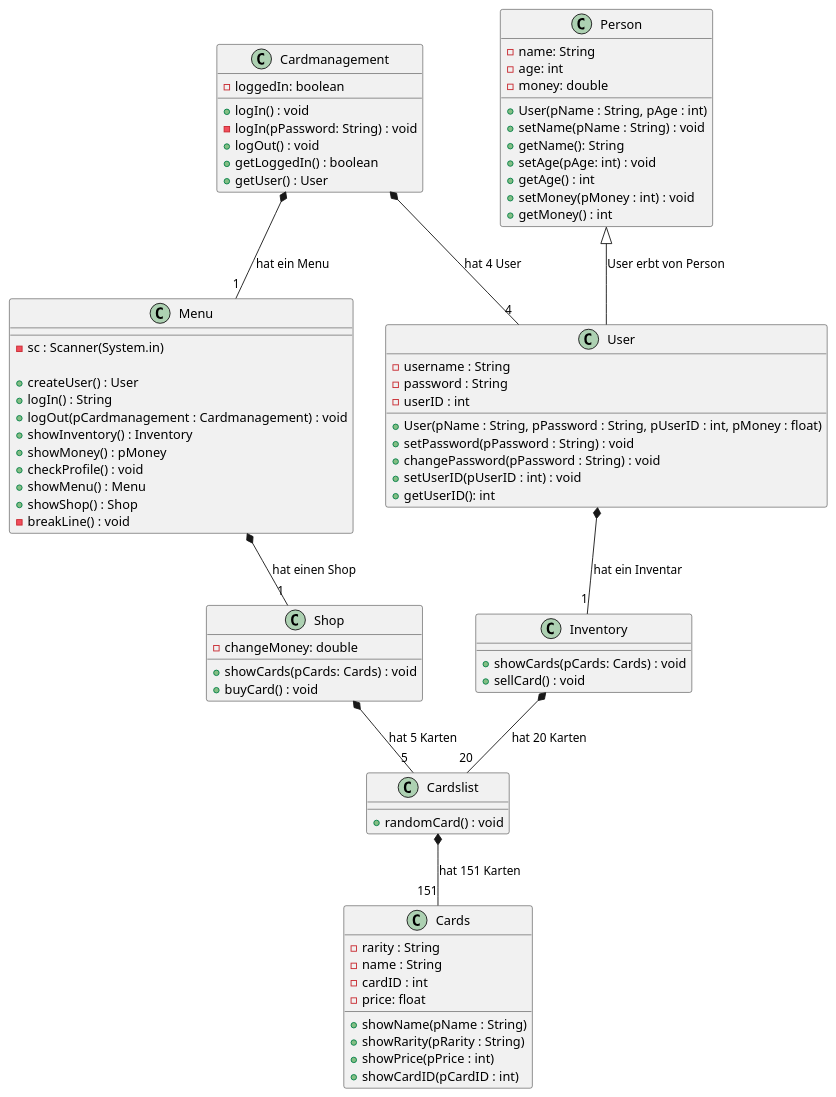
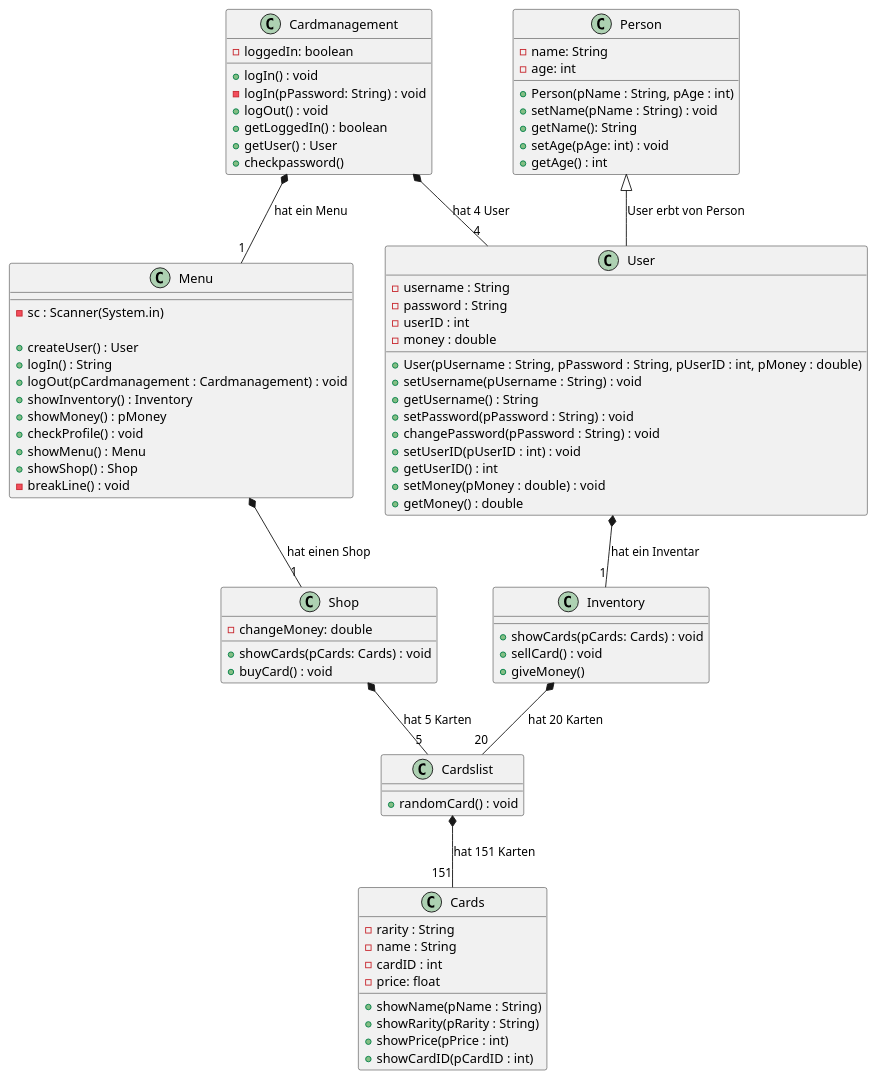
The diagram in Docs/Pflichtenheft/Diagramme/Klassendiagramm-Card.iuml (HEBK-BGM/Verwaltungssoftware_Team_4), drawn with PlantUML before and after one commit. The commit also changed 2 other files, not shown here.

Commit message:
[CHA] Klassendiagramm Klasse User veränderung

```diff
--- a/Docs/Pflichtenheft/Diagramme/Klassendiagramm-Card.iuml
+++ b/Docs/Pflichtenheft/Diagramme/Klassendiagramm-Card.iuml
@@ -1,106 +1,111 @@
 @startuml Klassendiagramm
 
 class Cardmanagement{
     -loggedIn: boolean
     +logIn() : void
     -logIn(pPassword: String) : void
     +logOut() : void
     +getLoggedIn() : boolean
     +getUser() : User
+    +checkpassword()
 
 
 
 }
 
 
 class Menu{
     -sc : Scanner(System.in)
 
     +createUser() : User
     +logIn() : String
     +logOut(pCardmanagement : Cardmanagement) : void
     +showInventory() : Inventory
     +showMoney() : pMoney
     +checkProfile() : void
     +showMenu() : Menu
     +showShop() : Shop
     -breakLine() : void
 
 
 }
 
 
 class Shop{
     -changeMoney: double
 
     
     +showCards(pCards: Cards) : void
     +buyCard() : void
 
 }
 
 
 class User{
     -username : String
     -password : String
     -userID : int
+    -money : double
 
 
-    +User(pName : String, pPassword : String, pUserID : int, pMoney : float)
+    +User(pUsername : String, pPassword : String, pUserID : int, pMoney : double)
+    +setUsername(pUsername : String) : void
+    +getUsername() : String
     +setPassword(pPassword : String) : void
     +changePassword(pPassword : String) : void
     +setUserID(pUserID : int) : void
-    +getUserID(): int
+    +getUserID() : int
+    +setMoney(pMoney : double) : void
+    +getMoney() : double
+    
 
 }
 
 
 class Person{
     -name: String
     -age: int
-    -money: double
 
-    +User(pName : String, pAge : int)
+    +Person(pName : String, pAge : int)
     +setName(pName : String) : void
     +getName(): String
     +setAge(pAge: int) : void
     +getAge() : int
-    +setMoney(pMoney : int) : void
-    +getMoney() : int
 }
 
 
 class Cards{
     -rarity : String
     -name : String
     -cardID : int
     -price: float
 
     +showName(pName : String)
     +showRarity(pRarity : String)
     +showPrice(pPrice : int)
     +showCardID(pCardID : int)
 
 }
 
 
 class Inventory{
     +showCards(pCards: Cards) : void
     +sellCard() : void
+    +giveMoney()
 }
 
 
 class Cardslist{
     +randomCard() : void
 }
 
 Cardmanagement *-- "1" Menu : hat ein Menu
 User *-- "1" Inventory : hat ein Inventar
 Cardmanagement *-- "4" User : hat 4 User
 Menu *-- "1" Shop : hat einen Shop
 Shop *-- "5" Cardslist : hat 5 Karten 
 Inventory *-- "20" Cardslist : hat 20 Karten
 Cardslist *-- "151" Cards : hat 151 Karten
 Person <|-- User : User erbt von Person
 
 @enduml
```
